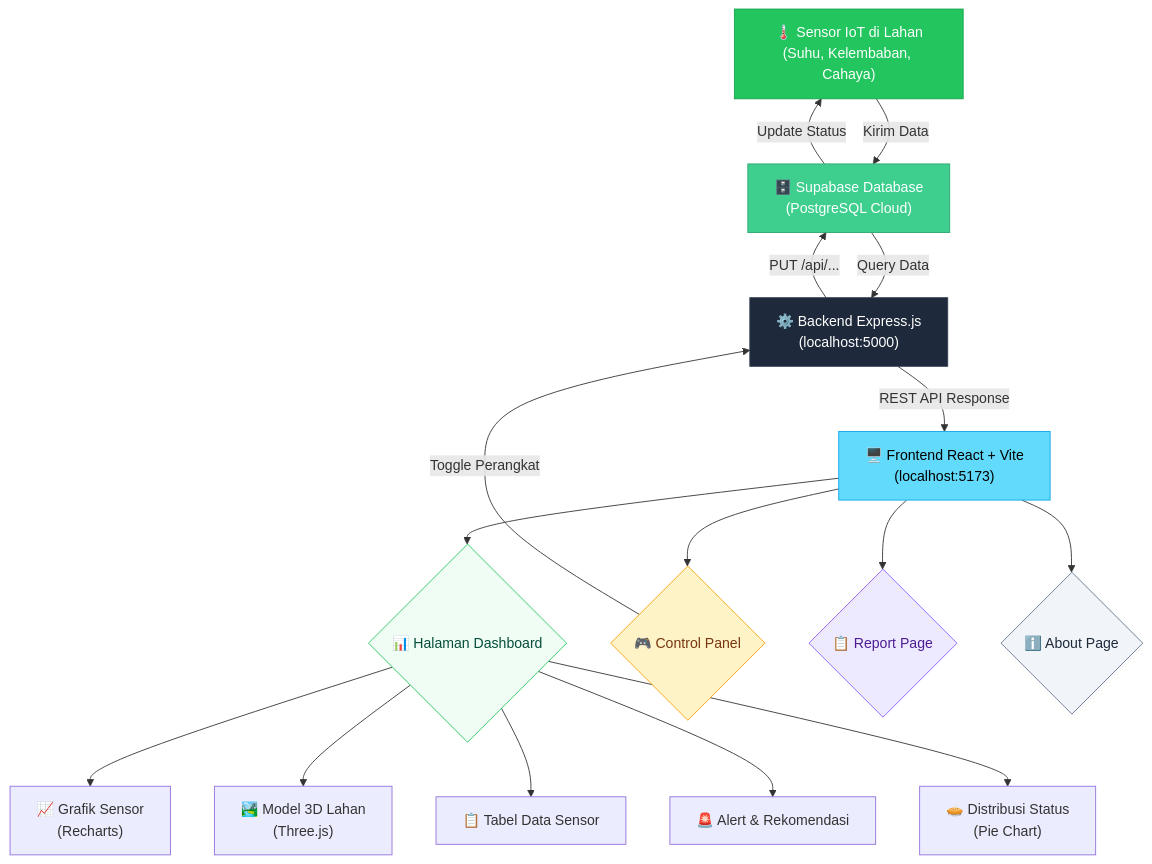
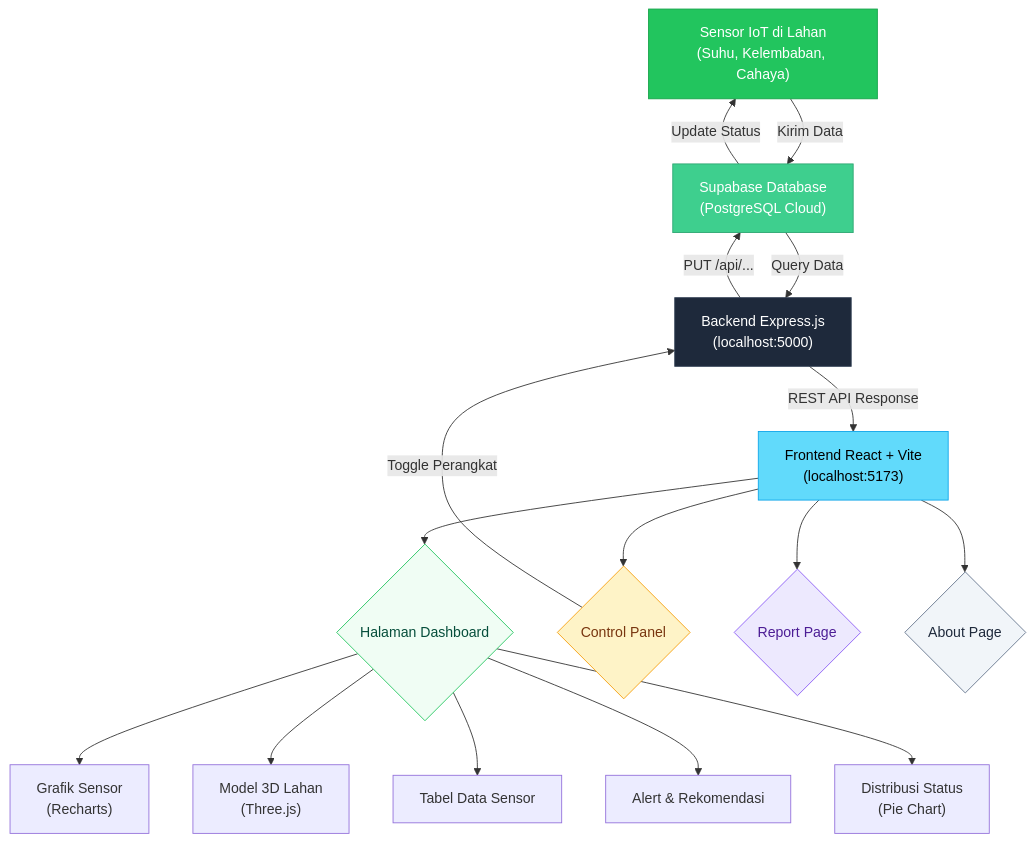
Before and after one commit to Naufalmiftakhul963/MonitoringSmartFarming: the first of 2 diagrams in README.md, drawn with Mermaid. The commit also changed other lines of this file, not shown here.

````diff
--- a/README.md
+++ b/README.md
@@ -64,32 +64,32 @@
 ```mermaid
 flowchart TD
-    A["🌡️ Sensor IoT di Lahan<br/>(Suhu, Kelembaban, Cahaya)"] -->|Kirim Data| B["🗄️ Supabase Database<br/>(PostgreSQL Cloud)"]
+    A["Sensor IoT di Lahan<br/>(Suhu, Kelembaban, Cahaya)"] -->|Kirim Data| B["Supabase Database<br/>(PostgreSQL Cloud)"]
     
-    B -->|Query Data| C["⚙️ Backend Express.js<br/>(localhost:5000)"]
+    B -->|Query Data| C["Backend Express.js<br/>(localhost:5000)"]
     
-    C -->|REST API Response| D["🖥️ Frontend React + Vite<br/>(localhost:5173)"]
+    C -->|REST API Response| D["Frontend React + Vite<br/>(localhost:5173)"]
     
-    D --> E{"📊 Halaman Dashboard"}
-    D --> F{"🎮 Control Panel"}
-    D --> G{"📋 Report Page"}
-    D --> H{"ℹ️ About Page"}
+    D --> E{"Halaman Dashboard"}
+    D --> F{"Control Panel"}
+    D --> G{"Report Page"}
+    D --> H{"About Page"}
     
-    E --> E1["📈 Grafik Sensor<br/>(Recharts)"]
-    E --> E2["🏞️ Model 3D Lahan<br/>(Three.js)"]
-    E --> E3["📋 Tabel Data Sensor"]
-    E --> E4["🚨 Alert & Rekomendasi"]
-    E --> E5["🥧 Distribusi Status<br/>(Pie Chart)"]
+    E --> E1["Grafik Sensor<br/>(Recharts)"]
+    E --> E2["Model 3D Lahan<br/>(Three.js)"]
+    E --> E3["Tabel Data Sensor"]
+    E --> E4["Alert & Rekomendasi"]
+    E --> E5["Distribusi Status<br/>(Pie Chart)"]
     
     F -->|Toggle Perangkat| C
     C -->|PUT /api/...| B
     B -->|Update Status| A
     
     style A fill:#22c55e,stroke:#16a34a,color:#fff
     style B fill:#3ECF8E,stroke:#2da672,color:#fff
     style C fill:#1e293b,stroke:#334155,color:#fff
     style D fill:#61DAFB,stroke:#0ea5e9,color:#000
     style E fill:#f0fdf4,stroke:#22c55e,color:#064e3b
     style F fill:#fef3c7,stroke:#f59e0b,color:#78350f
     style G fill:#ede9fe,stroke:#8b5cf6,color:#4c1d95
     style H fill:#f1f5f9,stroke:#64748b,color:#1e293b
 ```
````
